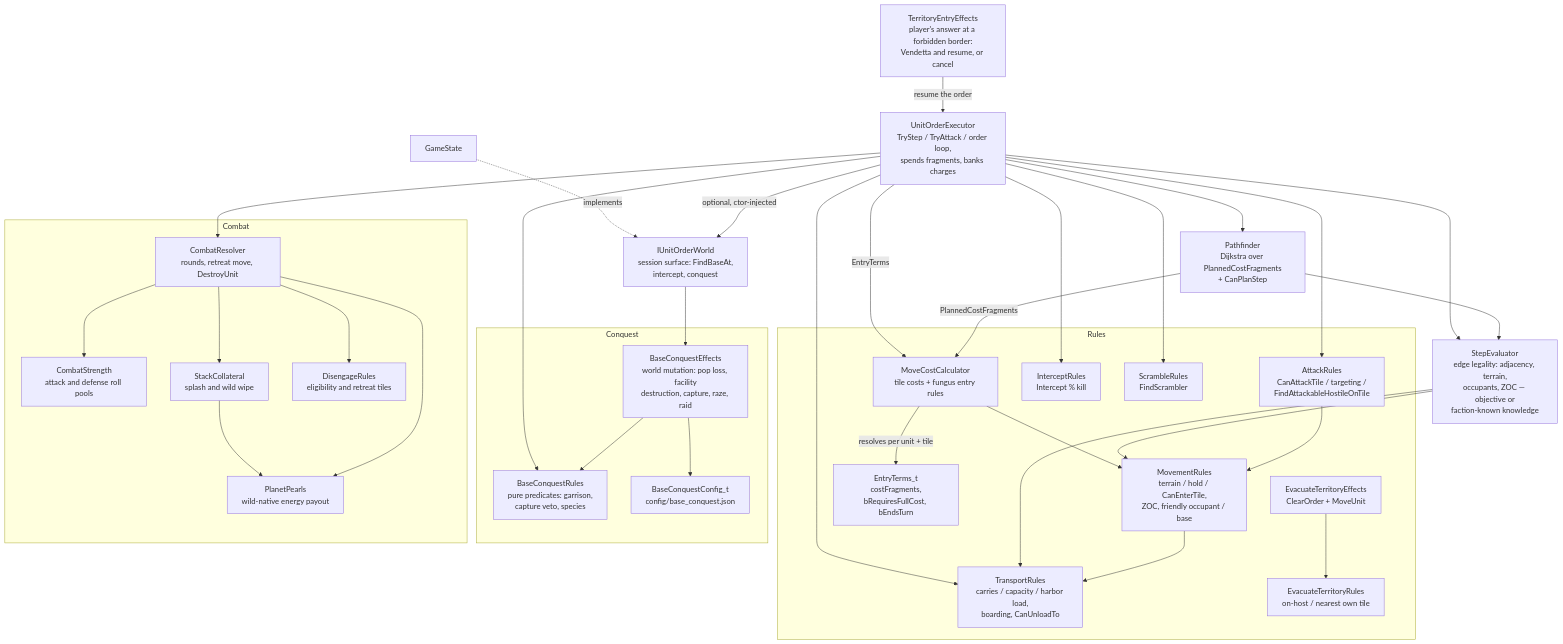
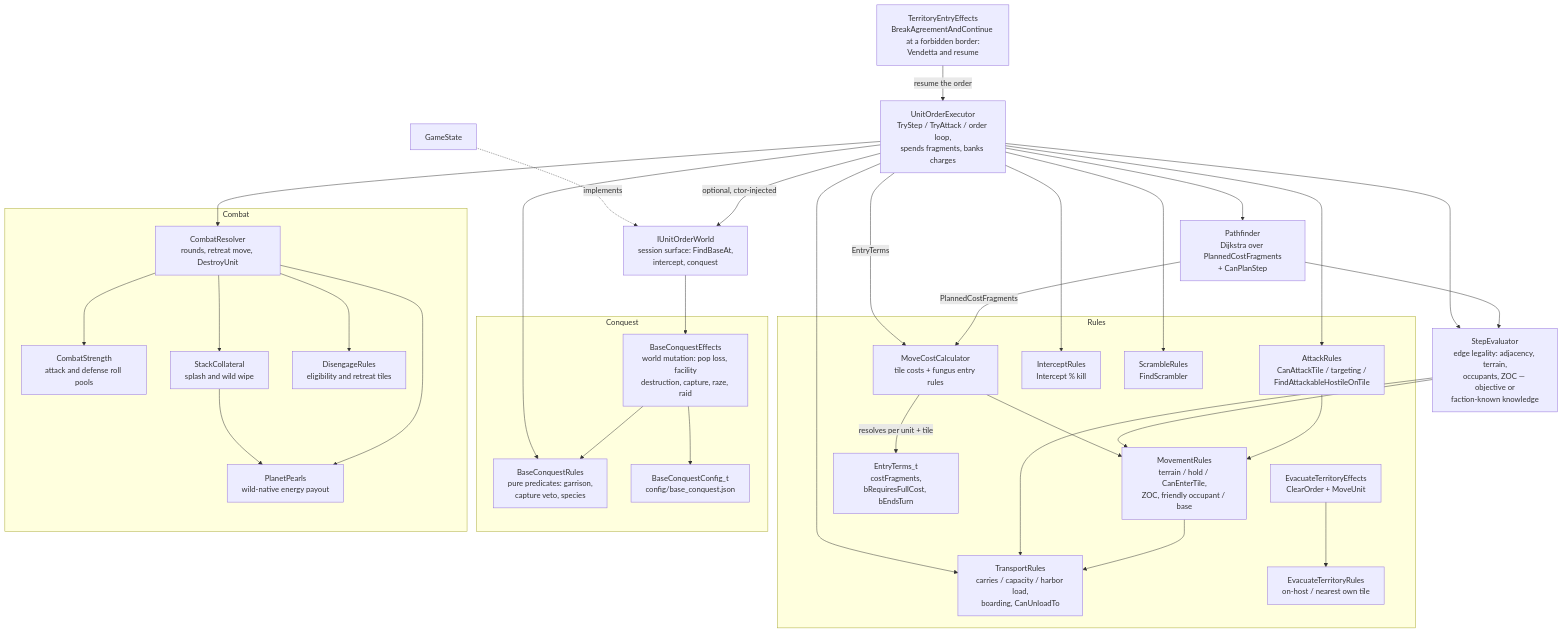
Before and after one commit to kilianloftis/alpha-centauri: the diagram in docs/architecture/unit-movement-system.md, drawn with Mermaid. The commit also changed other lines of this file and 35 other files, not shown here.

````diff
--- a/docs/architecture/unit-movement-system.md
+++ b/docs/architecture/unit-movement-system.md
@@ -9,65 +9,65 @@
 ```mermaid
 graph TD
     subgraph Rules
         MovementRules[MovementRules<br/>terrain / hold / CanEnterTile,<br/>ZOC, friendly occupant / base]
         TransportRules[TransportRules<br/>carries / capacity / harbor load,<br/>boarding, CanUnloadTo]
         MoveCostCalculator[MoveCostCalculator<br/>tile costs + fungus entry rules]
         EntryTerms[EntryTerms_t<br/>costFragments,<br/>bRequiresFullCost, bEndsTurn]
         MoveCostCalculator -->|resolves per unit + tile| EntryTerms
         MovementRules --> TransportRules
         AttackRules[AttackRules<br/>CanAttackTile / targeting /<br/>FindAttackableHostileOnTile]
         InterceptRules[InterceptRules<br/>Intercept % kill]
         ScrambleRules[ScrambleRules<br/>FindScrambler]
         AttackRules --> MovementRules
         EvacuateTerritoryRules[EvacuateTerritoryRules<br/>on-host / nearest own tile]
         EvacuateTerritoryEffects[EvacuateTerritoryEffects<br/>ClearOrder + MoveUnit]
         EvacuateTerritoryEffects --> EvacuateTerritoryRules
     end
 
     subgraph Conquest
         BaseConquestRules[BaseConquestRules<br/>pure predicates: garrison,<br/>capture veto, species]
         BaseConquestEffects[BaseConquestEffects<br/>world mutation: pop loss, facility<br/>destruction, capture, raze, raid]
         BaseConquestConfig[BaseConquestConfig_t<br/>config/base_conquest.json]
         BaseConquestEffects --> BaseConquestRules
         BaseConquestEffects --> BaseConquestConfig
     end
 
     subgraph Combat
         CombatStrength[CombatStrength<br/>attack and defense roll pools]
         StackCollateral[StackCollateral<br/>splash and wild wipe]
         PlanetPearls[PlanetPearls<br/>wild-native energy payout]
         DisengageRules[DisengageRules<br/>eligibility and retreat tiles]
         CombatResolver[CombatResolver<br/>rounds, retreat move, DestroyUnit]
         CombatResolver --> CombatStrength
         CombatResolver --> StackCollateral
         CombatResolver --> PlanetPearls
         StackCollateral --> PlanetPearls
         CombatResolver --> DisengageRules
     end
 
     StepEvaluator[StepEvaluator<br/>edge legality: adjacency, terrain,<br/>occupants, ZOC — objective or<br/>faction-known knowledge]
     Pathfinder[Pathfinder<br/>Dijkstra over PlannedCostFragments<br/>+ CanPlanStep]
     UnitOrderExecutor[UnitOrderExecutor<br/>TryStep / TryAttack / order loop,<br/>spends fragments, banks charges]
     UnitOrderExecutor --> AttackRules
     UnitOrderExecutor --> InterceptRules
     UnitOrderExecutor --> ScrambleRules
     IUnitOrderWorld[IUnitOrderWorld<br/>session surface: FindBaseAt,<br/>intercept, conquest]
     GameState[GameState]
-    TerritoryEntryEffects[TerritoryEntryEffects<br/>player's answer at a forbidden border:<br/>Vendetta and resume, or cancel]
+    TerritoryEntryEffects[TerritoryEntryEffects<br/>BreakAgreementAndContinue at a forbidden border:<br/>Vendetta and resume]
     TerritoryEntryEffects -->|resume the order| UnitOrderExecutor
 
     StepEvaluator --> MovementRules
     StepEvaluator --> TransportRules
     MoveCostCalculator --> MovementRules
     Pathfinder --> StepEvaluator
     Pathfinder -->|PlannedCostFragments| MoveCostCalculator
     UnitOrderExecutor -->|EntryTerms| MoveCostCalculator
     UnitOrderExecutor --> StepEvaluator
     UnitOrderExecutor --> Pathfinder
     UnitOrderExecutor --> TransportRules
     UnitOrderExecutor --> BaseConquestRules
     UnitOrderExecutor --> CombatResolver
     UnitOrderExecutor -->|optional, ctor-injected| IUnitOrderWorld
     GameState -.->|implements| IUnitOrderWorld
     IUnitOrderWorld --> BaseConquestEffects
 ```
````
